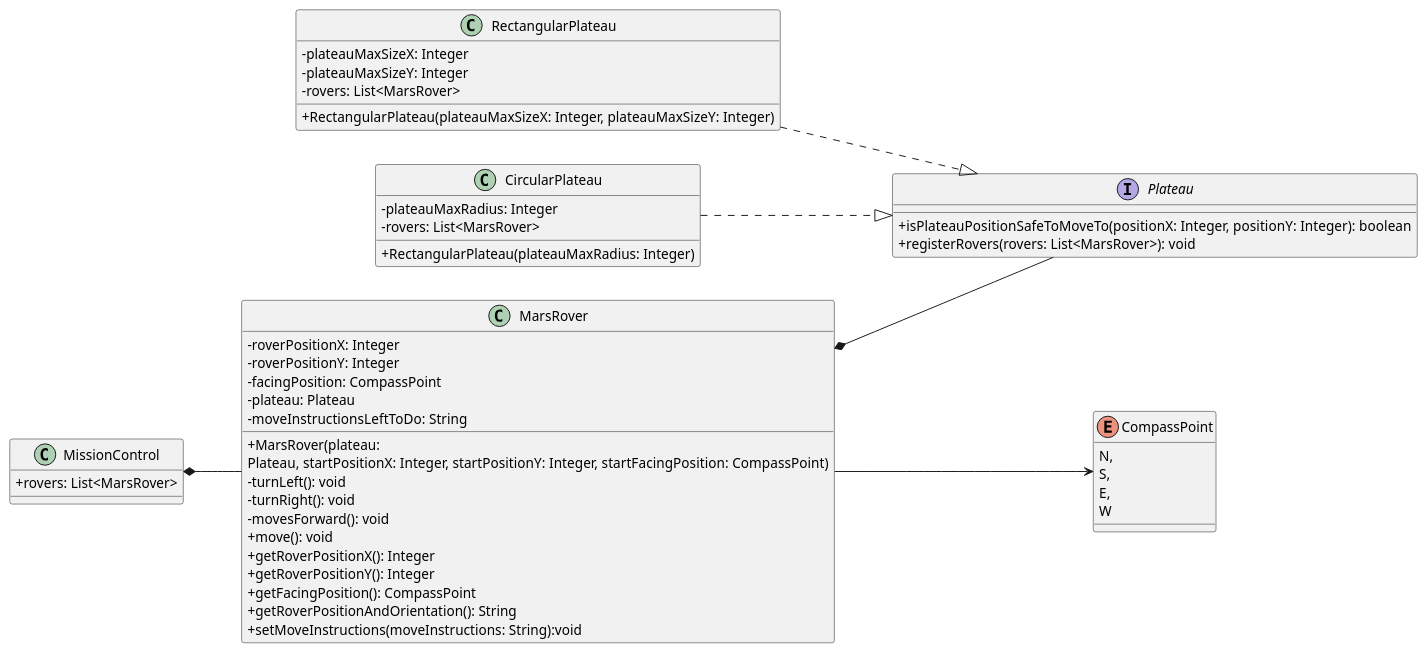
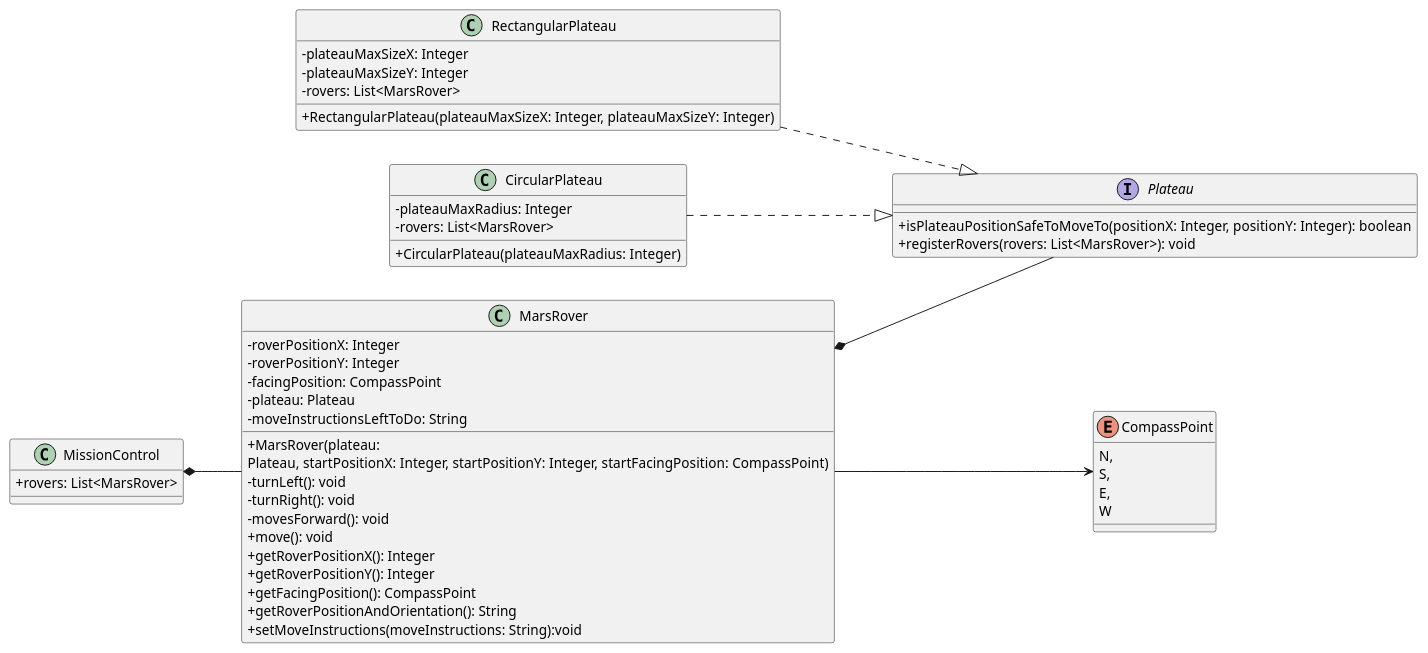
Before and after one commit to cleides/mars-rover: the diagram in docs/MarsRovers.puml, drawn with PlantUML.

Commit message:
Updated UML diagram

```diff
--- a/docs/MarsRovers.puml
+++ b/docs/MarsRovers.puml
@@ -1,66 +1,66 @@
 @startuml
 'https://plantuml.com/class-diagram
 skinparam classAttributeIconSize 0
 
 left to right direction
 
 MarsRover --> CompassPoint
 MarsRover *-- Plateau
 MissionControl *-- MarsRover
 RectangularPlateau ..|> Plateau
 CircularPlateau ..|> Plateau
 
 class MissionControl {
 +rovers: List<MarsRover>
 
 }
 
 class MarsRover {
 -roverPositionX: Integer
 -roverPositionY: Integer
 -facingPosition: CompassPoint
 -plateau: Plateau
 -moveInstructionsLeftToDo: String
 
 +MarsRover(plateau:
 Plateau, startPositionX: Integer, startPositionY: Integer, startFacingPosition: CompassPoint)
 -turnLeft(): void
 -turnRight(): void
 -movesForward(): void
 +move(): void
 +getRoverPositionX(): Integer
 +getRoverPositionY(): Integer
 +getFacingPosition(): CompassPoint
 +getRoverPositionAndOrientation(): String
 +setMoveInstructions(moveInstructions: String):void
 }
 
 Interface Plateau {
 +isPlateauPositionSafeToMoveTo(positionX: Integer, positionY: Integer): boolean
 +registerRovers(rovers: List<MarsRover>): void
 }
 
 class RectangularPlateau {
 -plateauMaxSizeX: Integer
 -plateauMaxSizeY: Integer
 -rovers: List<MarsRover>
 'creating a constructor here to
 +RectangularPlateau(plateauMaxSizeX: Integer, plateauMaxSizeY: Integer)
 }
 
 class CircularPlateau {
 -plateauMaxRadius: Integer
 -rovers: List<MarsRover>
 'creating a constructor here to
-+RectangularPlateau(plateauMaxRadius: Integer)
++CircularPlateau(plateauMaxRadius: Integer)
 }
 
 
 enum CompassPoint{
 N,
 S,
 E,
 W
 }
 
 @enduml
```
